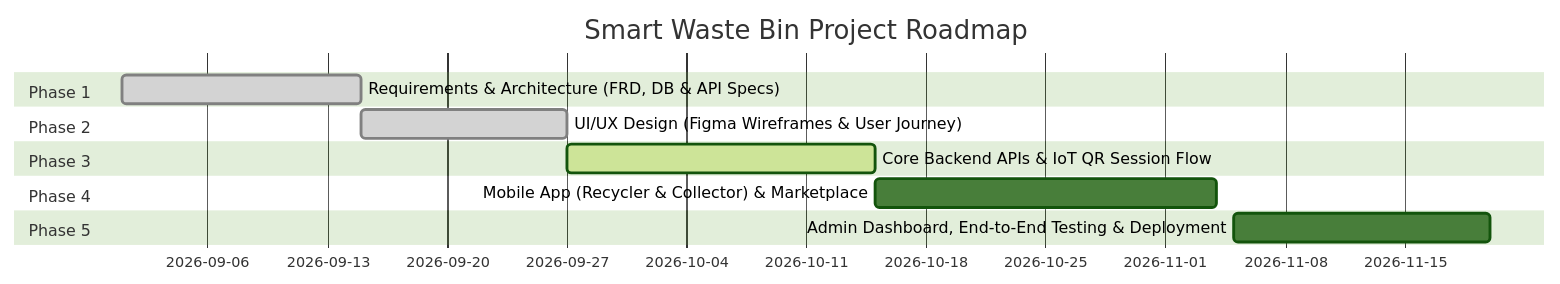
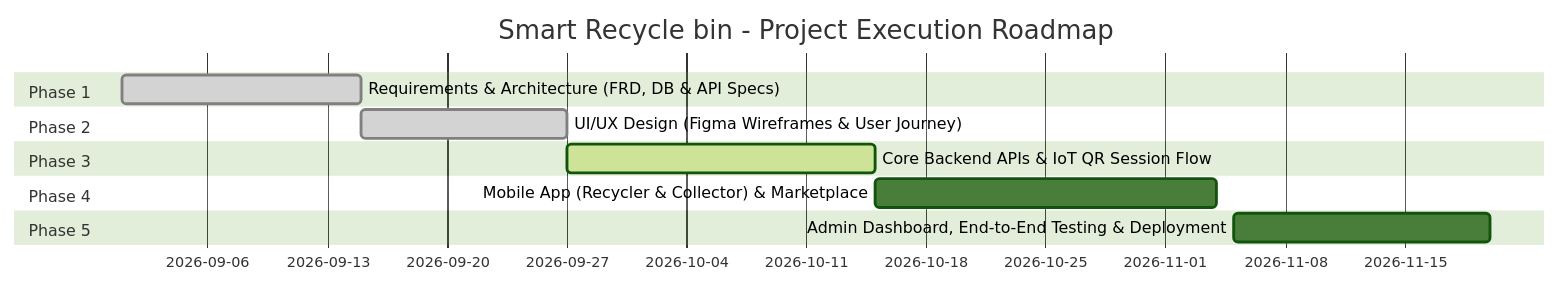
Before and after one commit to Smart-Recycle-bin/Smart-Recycle-bin: the diagram in README.md, drawn with Mermaid (forest theme). The commit also changed other lines of this file, not shown here.

````diff
--- a/README.md
+++ b/README.md
@@ -79,15 +87,15 @@
 ```mermaid
 gantt
-    title Smart Waste Bin Project Roadmap
+    title Smart Recycle bin - Project Execution Roadmap
     dateFormat  YYYY-MM-DD
     section Phase 1
     Requirements & Architecture (FRD, DB & API Specs) :done, p1, 2026-09-01, 14d
     section Phase 2
     UI/UX Design (Figma Wireframes & User Journey)     :done, p2, 2026-09-15, 12d
     section Phase 3
     Core Backend APIs & IoT QR Session Flow            :active, p3, 2026-09-27, 18d
     section Phase 4
     Mobile App (Recycler & Collector) & Marketplace    :p4, 2026-10-15, 20d
     section Phase 5
     Admin Dashboard, End-to-End Testing & Deployment   :p5, 2026-11-05, 15d
 ```
````
